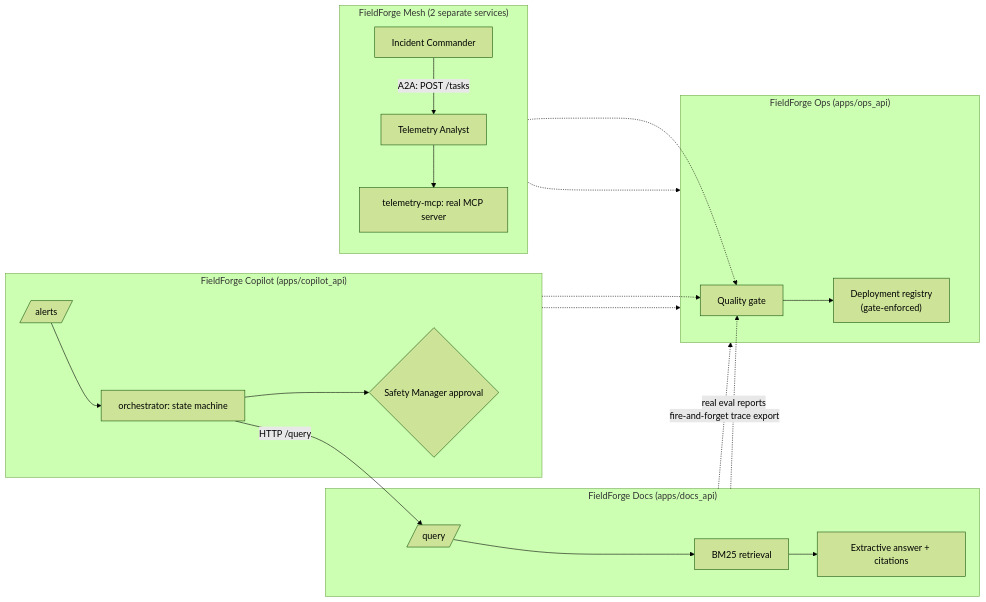
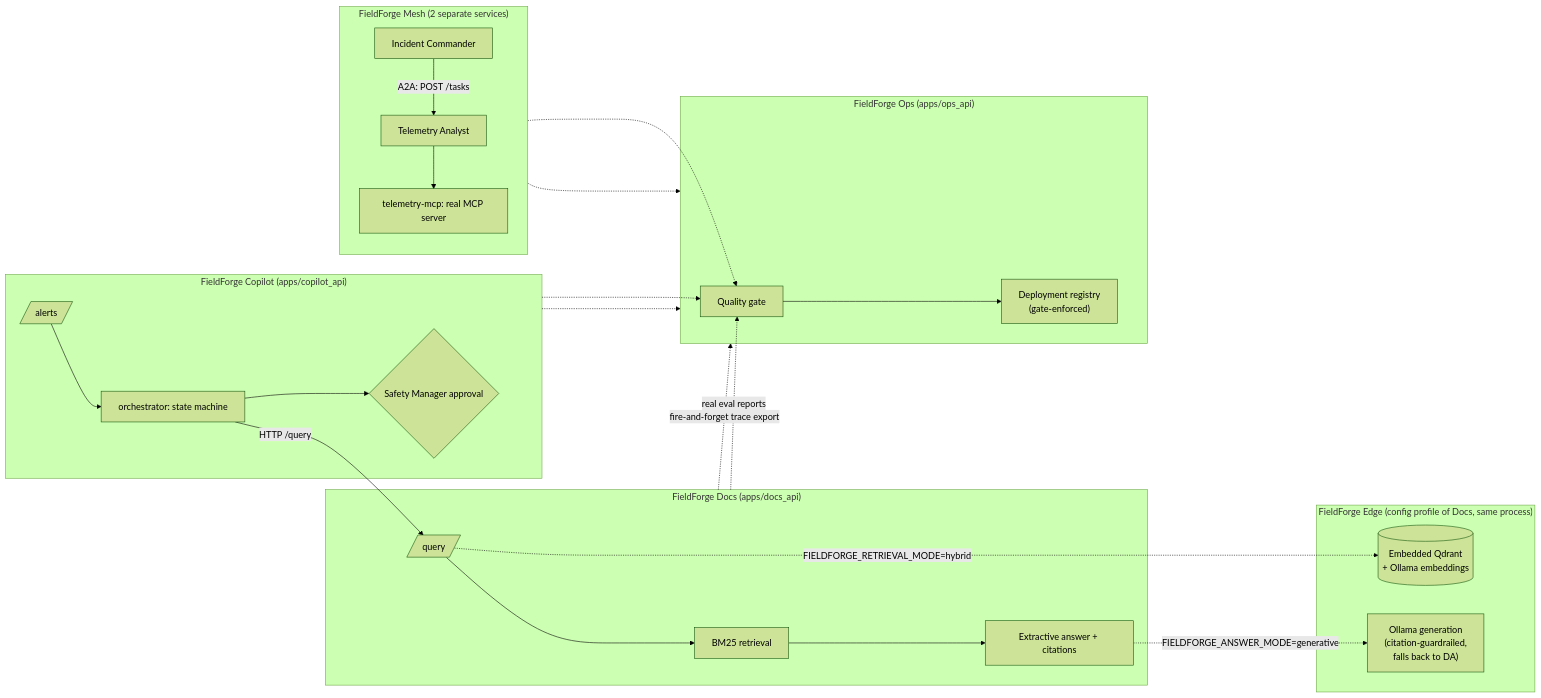
The diagram in README.md (Kirandkv/Field), drawn with Mermaid (forest theme) before and after one commit. The commit also changed other lines of this file and 29 other files, not shown here.

First line of the commit message:
Add FieldForge Edge: offline deployment profile for FieldForge Docs

````diff
--- a/README.md
+++ b/README.md
@@ -61,24 +85,28 @@
 ```mermaid
 flowchart LR
     subgraph Docs["FieldForge Docs (apps/docs_api)"]
         DQ[/query/] --> DR[BM25 retrieval] --> DA[Extractive answer + citations]
     end
     subgraph Copilot["FieldForge Copilot (apps/copilot_api)"]
         CA[/alerts/] --> CO[orchestrator: state machine]
         CO -->|HTTP /query| DQ
         CO --> CH{Safety Manager approval}
     end
     subgraph Mesh["FieldForge Mesh (2 separate services)"]
         CMD[Incident Commander] -->|A2A: POST /tasks| TA[Telemetry Analyst]
         TA --> MCP[telemetry-mcp: real MCP server]
     end
     subgraph Ops["FieldForge Ops (apps/ops_api)"]
         GATE[Quality gate] --> DEPLOY["Deployment registry\n(gate-enforced)"]
     end
+    subgraph Edge["FieldForge Edge (config profile of Docs, same process)"]
+        DQ -.->|FIELDFORGE_RETRIEVAL_MODE=hybrid| QDRANT[("Embedded Qdrant\n+ Ollama embeddings")]
+        DA -.->|FIELDFORGE_ANSWER_MODE=generative| OGEN["Ollama generation\n(citation-guardrailed,\nfalls back to DA)"]
+    end
     Docs -.->|fire-and-forget trace export| Ops
     Copilot -.-> Ops
     Mesh -.-> Ops
     Docs -.->|real eval reports| GATE
     Copilot -.-> GATE
     Mesh -.-> GATE
 ```
````
